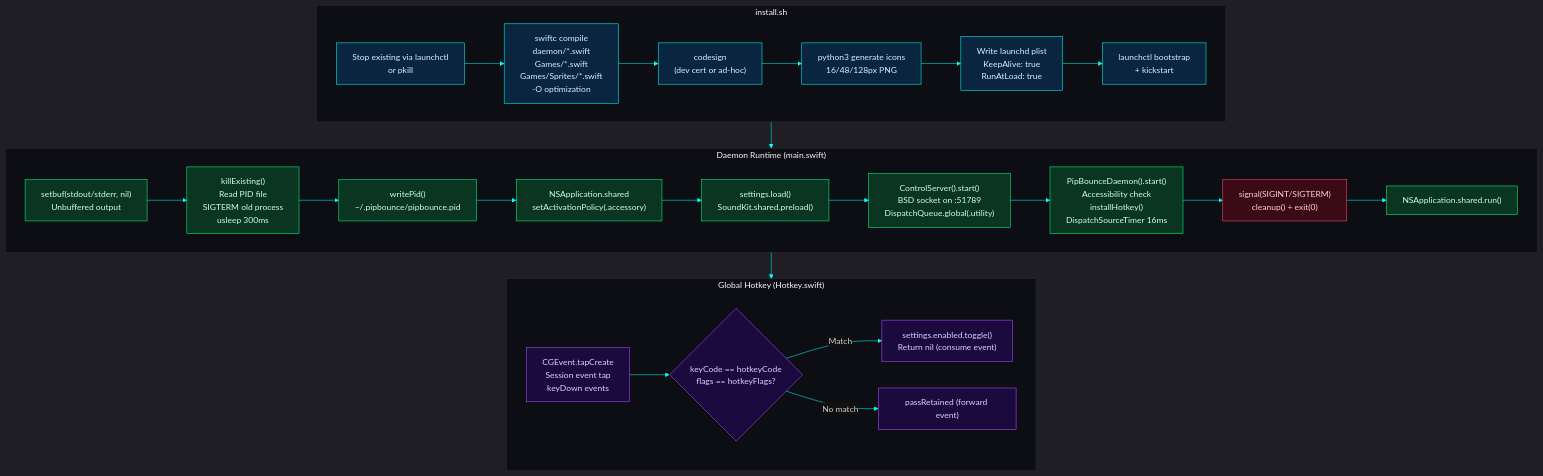
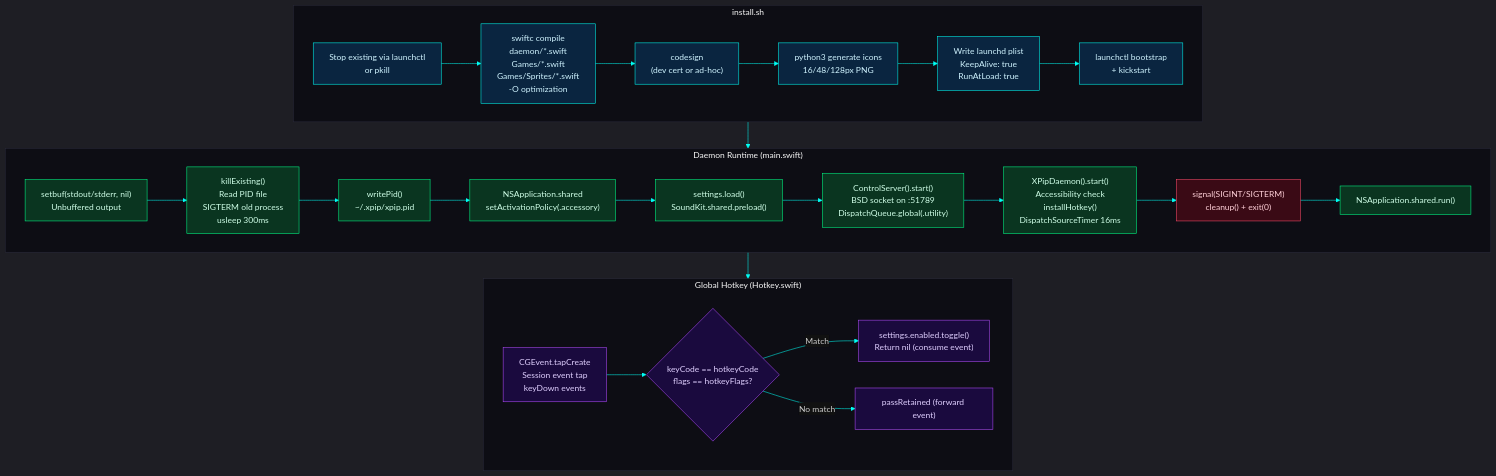
One commit to colours93/pipbounce changed the ninth of 9 diagrams in README.md. Above: the diagram before and after it, drawn with Mermaid. The commit also changed other lines of this file and 21 other files, not shown here.

Commit message:
Rebrand pipbounce to xpip across daemon, extension, docs, and tooling

````diff
--- a/README.md
+++ b/README.md
@@ -624,36 +624,36 @@
 ```mermaid
 %%{init: {'theme': 'dark', 'themeVariables': {'primaryColor': '#0a3520', 'primaryTextColor': '#00ff88', 'primaryBorderColor': '#00ff88', 'lineColor': '#00fff5', 'secondaryColor': '#0a2540', 'tertiaryColor': '#1a0a3e', 'edgeLabelBackground': '#111', 'clusterBkg': '#0d0d14', 'clusterBorder': '#2a2a3a', 'titleColor': '#fafafa', 'nodeTextColor': '#fafafa'}}}%%
 flowchart TD
     classDef boot fill:#0a2540,stroke:#00fff5,color:#d0f4ff
     classDef run fill:#0a3520,stroke:#00ff88,color:#d0ffe8
     classDef event fill:#3a0a15,stroke:#ff4d6d,color:#ffd0d8
     classDef hotkey fill:#1a0a3e,stroke:#b44dff,color:#e0d0ff
 
     subgraph Install["install.sh"]
         I1["Stop existing via launchctl\nor pkill"]:::boot --> I2["swiftc compile\ndaemon/*.swift\nGames/*.swift\nGames/Sprites/*.swift\n-O optimization"]:::boot
         I2 --> I3["codesign\n(dev cert or ad-hoc)"]:::boot
         I3 --> I4["python3 generate icons\n16/48/128px PNG"]:::boot
         I4 --> I5["Write launchd plist\nKeepAlive: true\nRunAtLoad: true"]:::boot
         I5 --> I6["launchctl bootstrap\n+ kickstart"]:::boot
     end
 
     subgraph Runtime["Daemon Runtime (main.swift)"]
         R1["setbuf(stdout/stderr, nil)\nUnbuffered output"]:::run --> R2["killExisting()\nRead PID file\nSIGTERM old process\nusleep 300ms"]:::run
-        R2 --> R3["writePid()\n~/.pipbounce/pipbounce.pid"]:::run
+        R2 --> R3["writePid()\n~/.xpip/xpip.pid"]:::run
         R3 --> R4["NSApplication.shared\nsetActivationPolicy(.accessory)"]:::run
         R4 --> R4b["settings.load()\nSoundKit.shared.preload()"]:::run
         R4b --> R5["ControlServer().start()\nBSD socket on :51789\nDispatchQueue.global(.utility)"]:::run
-        R5 --> R6["PipBounceDaemon().start()\nAccessibility check\ninstallHotkey()\nDispatchSourceTimer 16ms"]:::run
+        R5 --> R6["XPipDaemon().start()\nAccessibility check\ninstallHotkey()\nDispatchSourceTimer 16ms"]:::run
         R6 --> R7["signal(SIGINT/SIGTERM)\ncleanup() + exit(0)"]:::event
         R7 --> R8["NSApplication.shared.run()"]:::run
     end
 
     subgraph Hotkey["Global Hotkey (Hotkey.swift)"]
         HK1["CGEvent.tapCreate\nSession event tap\nkeyDown events"]:::hotkey --> HK2{"keyCode == hotkeyCode\nflags == hotkeyFlags?"}:::hotkey
         HK2 -->|Match| HK3["settings.enabled.toggle()\nReturn nil (consume event)"]:::hotkey
         HK2 -->|No match| HK4["passRetained (forward event)"]:::hotkey
     end
 
     Install --> Runtime
     Runtime --> Hotkey
 ```
````
